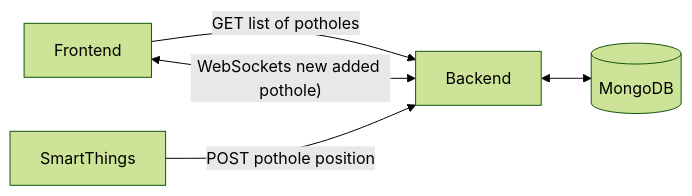
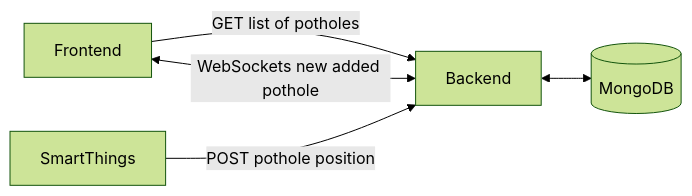
The diagram in profile/README.md (Potholes-ai/.github), drawn with Mermaid (forest theme) before and after one commit.

````diff
--- a/profile/README.md
+++ b/profile/README.md
@@ -9,10 +9,10 @@
 ```mermaid
 flowchart LR
 
     Frontend--GET list of potholes-->Backend;
-    Backend<--WebSockets new added pothole)-->Frontend;
-Backend<-->id1[(MongoDB)];
+    Backend<--WebSockets new added pothole-->Frontend;
+    Backend<-->id1[(MongoDB)];
     SmartThings--POST pothole position--> Backend;
 
 
 ```
````
